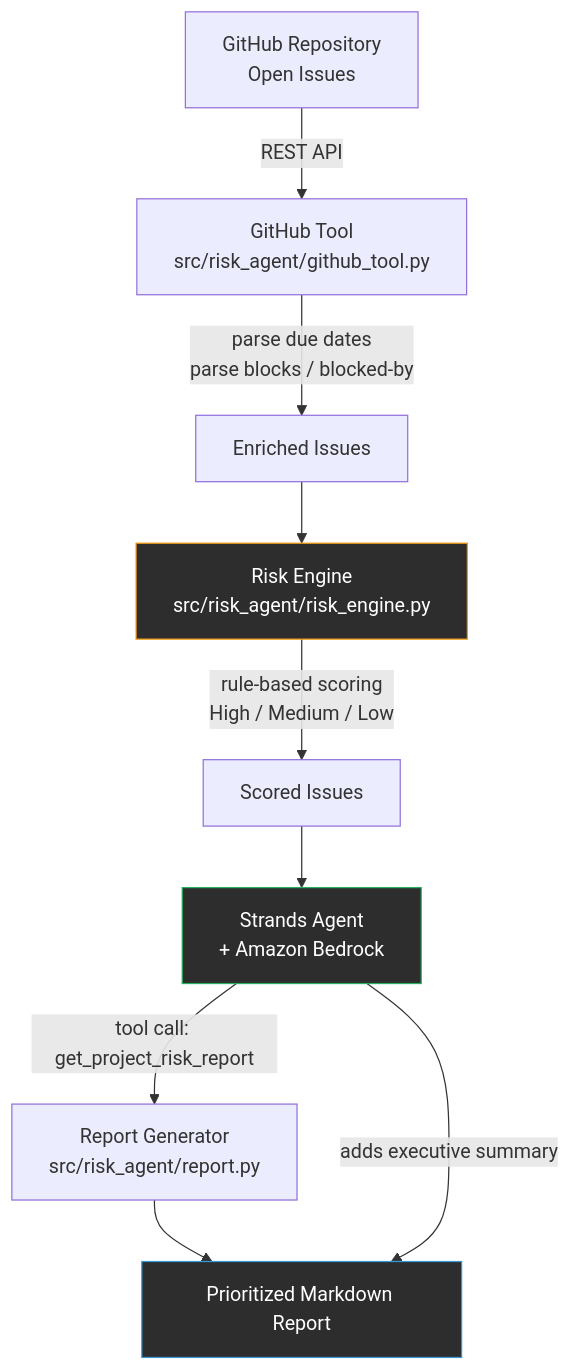
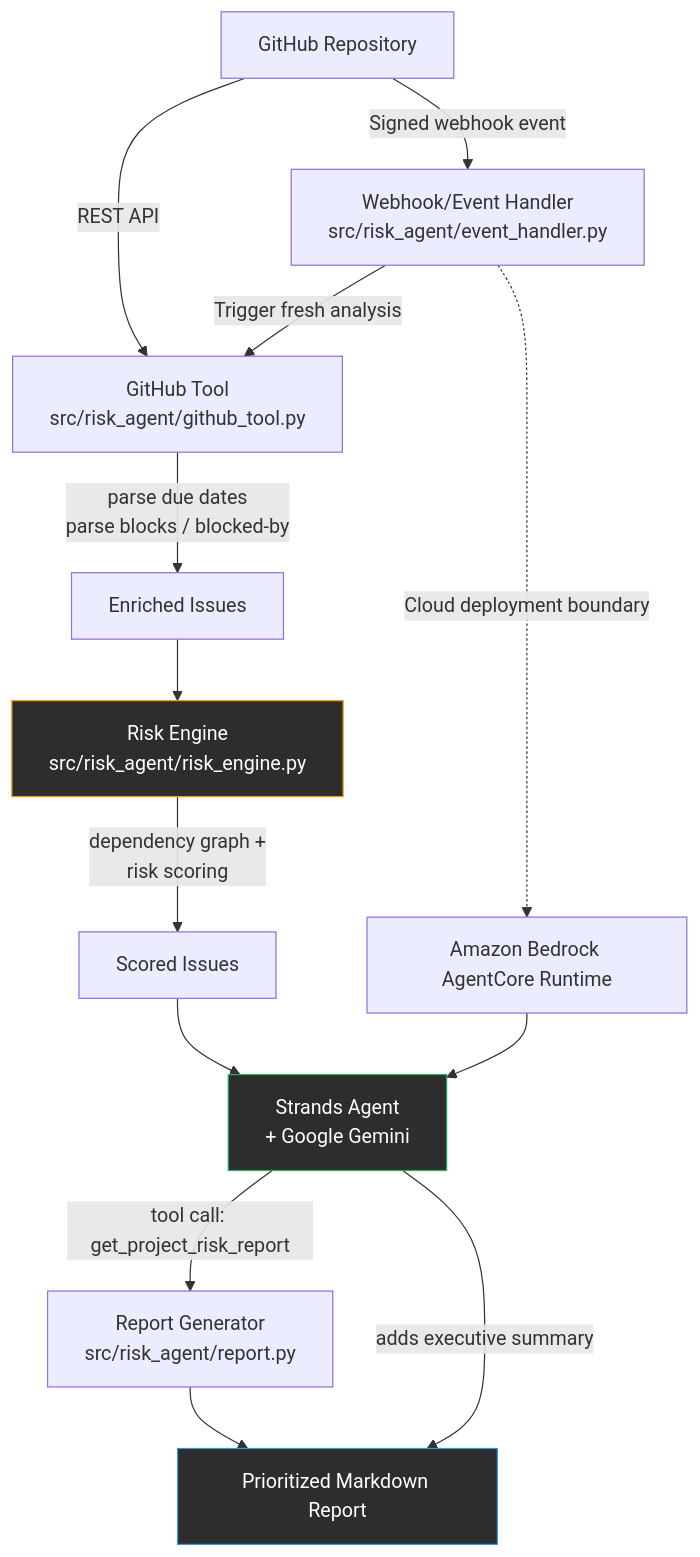
The first of 2 diagrams in docs/architecture.md (iamkk369/project-risk-agent), drawn with Mermaid before and after one commit. The commit also changed other lines of this file and 23 other files, not shown here.

````diff
--- a/docs/architecture.md
+++ b/docs/architecture.md
@@ -5,15 +5,19 @@
 ```mermaid
 flowchart TD
-    A[GitHub Repository<br/>Open Issues] -->|REST API| B[GitHub Tool<br/>src/risk_agent/github_tool.py]
+    A[GitHub Repository] -->|REST API| B[GitHub Tool<br/>src/risk_agent/github_tool.py]
+    A -->|Signed webhook event| W[Webhook/Event Handler<br/>src/risk_agent/event_handler.py]
+    W -->|Trigger fresh analysis| B
+    W -.->|Cloud deployment boundary| AC[Amazon Bedrock AgentCore Runtime]
+    AC --> F
     B -->|"parse due dates<br/>parse blocks / blocked-by"| C[Enriched Issues]
     C --> D[Risk Engine<br/>src/risk_agent/risk_engine.py]
-    D -->|"rule-based scoring<br/>High / Medium / Low"| E[Scored Issues]
-    E --> F[Strands Agent<br/>+ Amazon Bedrock]
+    D -->|"dependency graph +<br/>risk scoring"| E[Scored Issues]
+    E --> F[Strands Agent<br/>+ Google Gemini]
     F -->|"tool call: get_project_risk_report"| G[Report Generator<br/>src/risk_agent/report.py]
     G --> H[Prioritized Markdown Report]
     F -->|"adds executive summary"| H
 
     style D fill:#2d2d2d,stroke:#f39c12,color:#fff
     style F fill:#2d2d2d,stroke:#27ae60,color:#fff
     style H fill:#2d2d2d,stroke:#3498db,color:#fff
 ```
````
